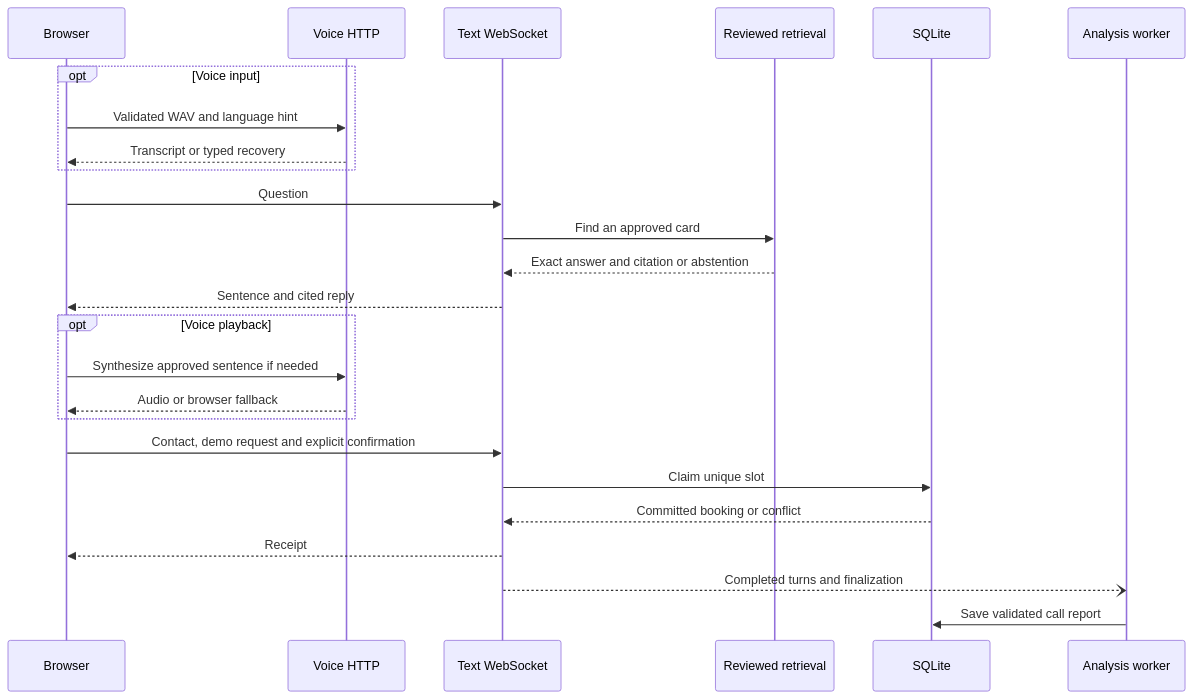
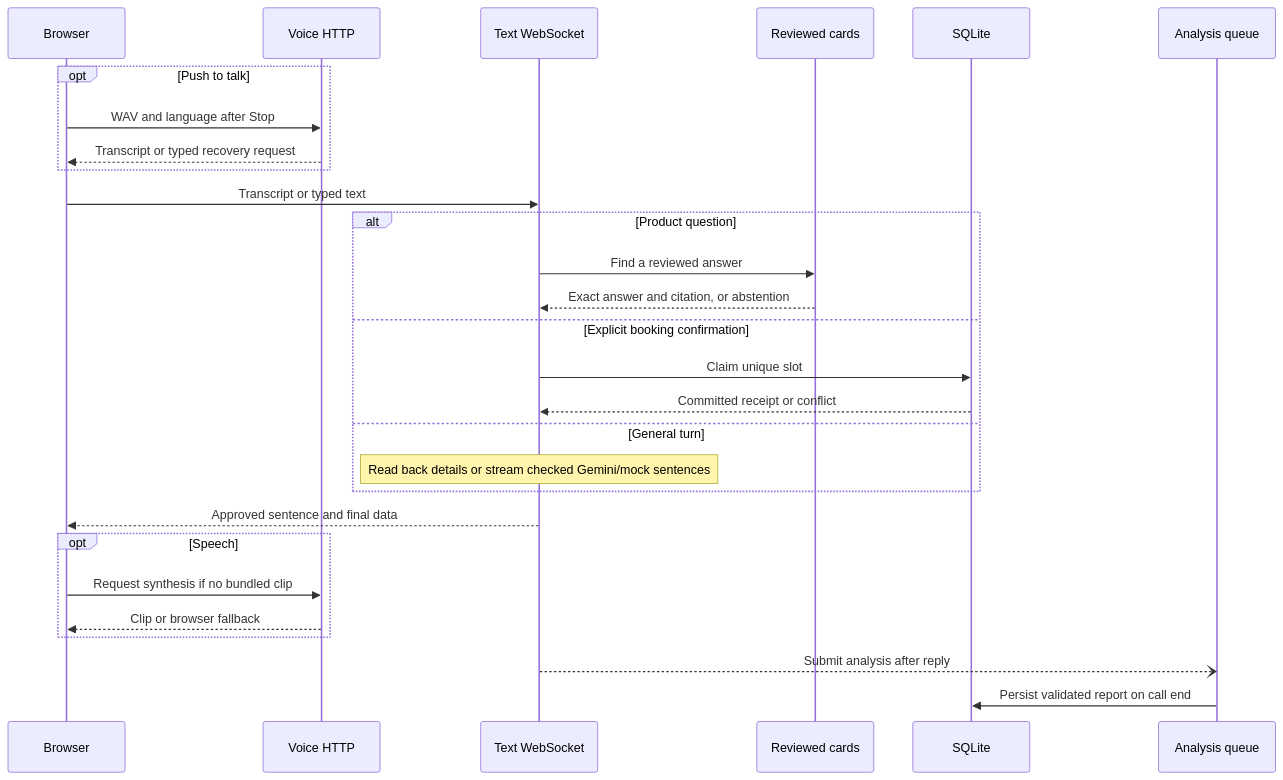
The diagram in docs/diagrams/sequence.mmd (UJJWAL16895/FortivexAI), drawn with Mermaid before and after one commit. The commit also changed 21 other files, not shown here.

```diff
--- a/docs/diagrams/sequence.mmd
+++ b/docs/diagrams/sequence.mmd
@@ -1,25 +1,28 @@
 sequenceDiagram
     participant B as Browser
     participant V as Voice HTTP
     participant S as Text WebSocket
-    participant R as Reviewed retrieval
+    participant K as Reviewed cards
     participant D as SQLite
-    participant Q as Analysis worker
-    opt Voice input
-      B->>V: Validated WAV and language hint
-      V-->>B: Transcript or typed recovery
+    participant Q as Analysis queue
+    opt Push to talk
+      B->>V: WAV and language after Stop
+      V-->>B: Transcript or typed recovery request
     end
-    B->>S: Question
-    S->>R: Find an approved card
-    R-->>S: Exact answer and citation or abstention
-    S-->>B: Sentence and cited reply
-    opt Voice playback
-      B->>V: Synthesize approved sentence if needed
-      V-->>B: Audio or browser fallback
+    B->>S: Transcript or typed text
+    alt Product question
+      S->>K: Find a reviewed answer
+      K-->>S: Exact answer and citation, or abstention
+    else Explicit booking confirmation
+      S->>D: Claim unique slot
+      D-->>S: Committed receipt or conflict
+    else General turn
+      Note over S: Read back details or stream checked Gemini/mock sentences
     end
-    B->>S: Contact, demo request and explicit confirmation
-    S->>D: Claim unique slot
-    D-->>S: Committed booking or conflict
-    S-->>B: Receipt
-    S--)Q: Completed turns and finalization
-    Q->>D: Save validated call report
+    S-->>B: Approved sentence and final data
+    opt Speech
+      B->>V: Request synthesis if no bundled clip
+      V-->>B: Clip or browser fallback
+    end
+    S--)Q: Submit analysis after reply
+    Q->>D: Persist validated report on call end
```
